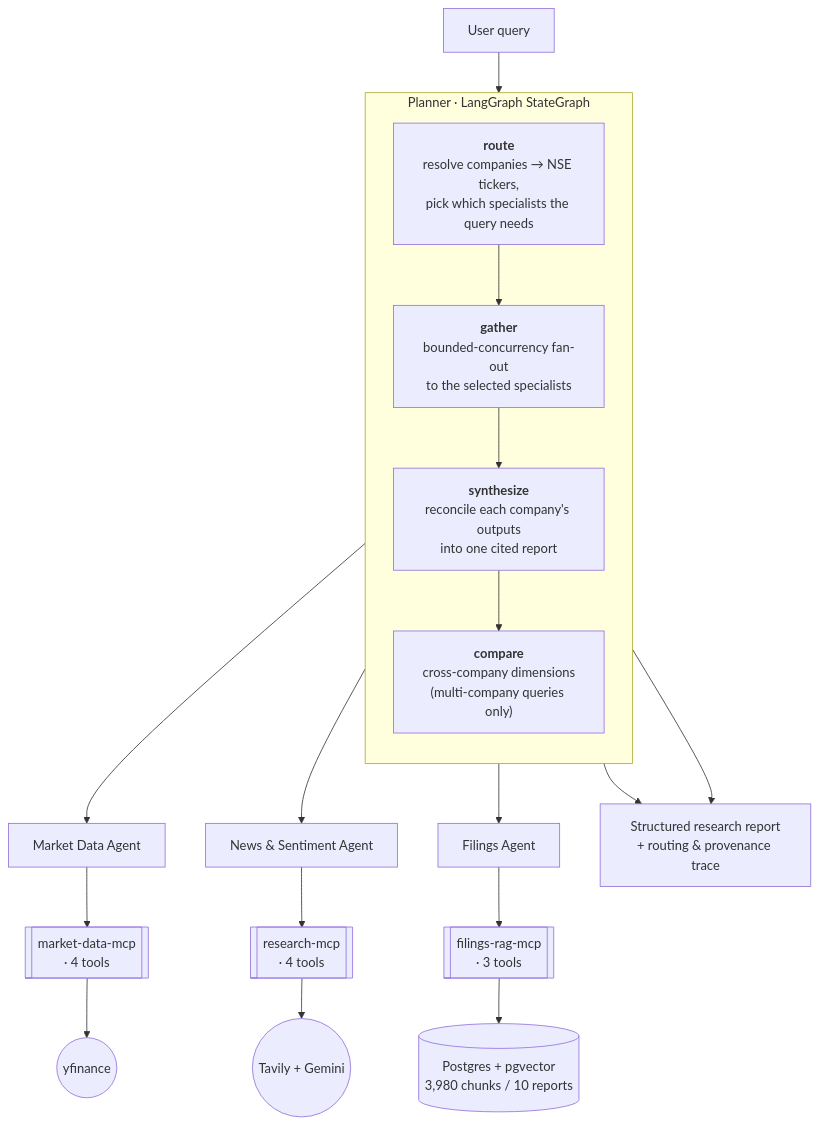
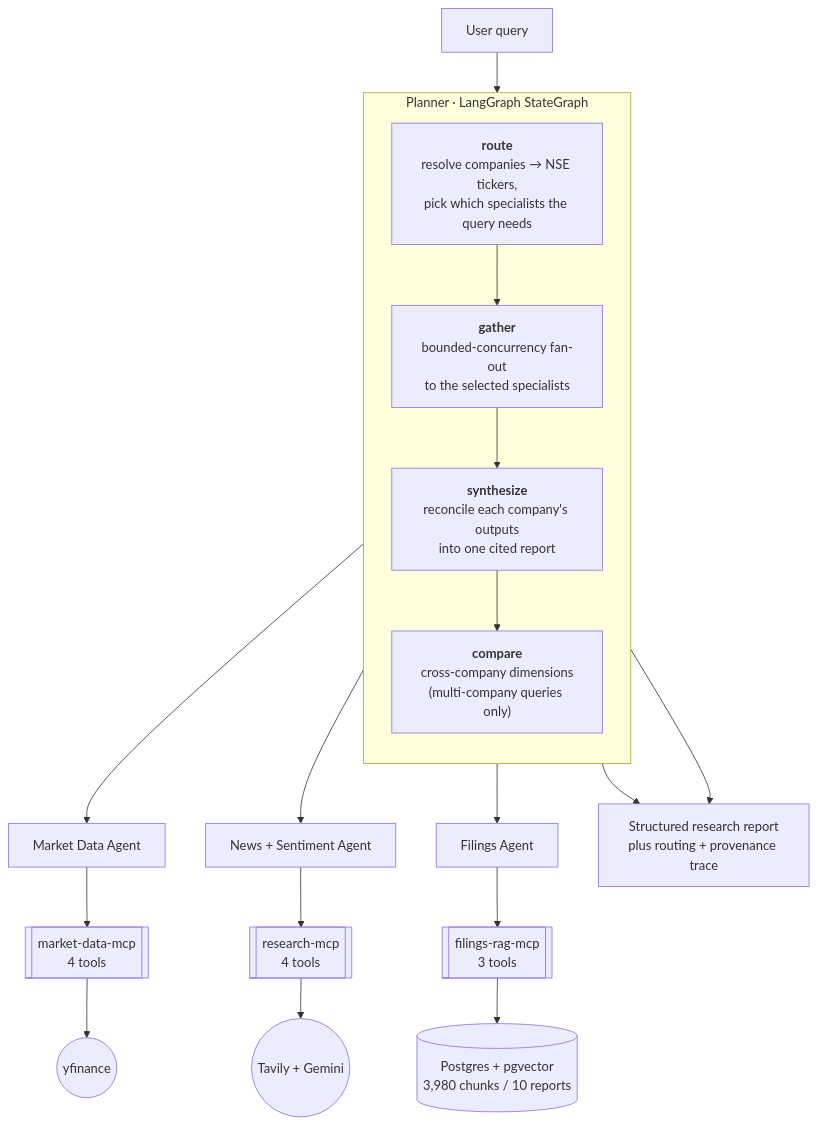
The diagram in README.md (23f2001127/artha-neeti), drawn with Mermaid before and after one commit.

Commit message:
README: simplify mermaid node labels (drop &amp; / middot for renderer safety)
Claude-Session: https://claude.ai/code/session_01RPQK1haGecNc16j25bn7HD

````diff
--- a/README.md
+++ b/README.md
@@ -24,19 +24,19 @@
 ```mermaid
 flowchart TD
     Q[User query] --> R
 
     subgraph P["Planner · LangGraph StateGraph"]
         direction TB
         R["<b>route</b><br/>resolve companies → NSE tickers,<br/>pick which specialists the query needs"]
         R --> G["<b>gather</b><br/>bounded-concurrency fan-out<br/>to the selected specialists"]
         G --> SY["<b>synthesize</b><br/>reconcile each company's outputs<br/>into one cited report"]
         SY --> CM["<b>compare</b><br/>cross-company dimensions<br/>(multi-company queries only)"]
     end
 
-    G --> MDA["Market Data Agent"] --> M1[["market-data-mcp<br/>· 4 tools"]] --> YF(("yfinance"))
-    G --> NSA["News &amp; Sentiment Agent"] --> M2[["research-mcp<br/>· 4 tools"]] --> TV(("Tavily + Gemini"))
-    G --> FA["Filings Agent"] --> M3[["filings-rag-mcp<br/>· 3 tools"]] --> PG[("Postgres + pgvector<br/>3,980 chunks / 10 reports")]
+    G --> MDA["Market Data Agent"] --> M1[["market-data-mcp<br/>4 tools"]] --> YF(("yfinance"))
+    G --> NSA["News + Sentiment Agent"] --> M2[["research-mcp<br/>4 tools"]] --> TV(("Tavily + Gemini"))
+    G --> FA["Filings Agent"] --> M3[["filings-rag-mcp<br/>3 tools"]] --> PG[("Postgres + pgvector<br/>3,980 chunks / 10 reports")]
 
-    SY --> OUT["Structured research report<br/>+ routing &amp; provenance trace"]
+    SY --> OUT["Structured research report<br/>plus routing + provenance trace"]
     CM --> OUT
 ```
````
